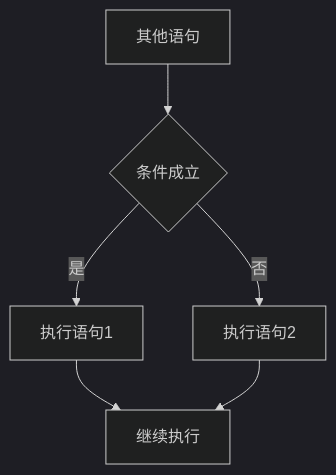
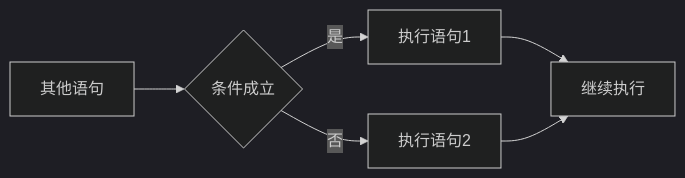
The second of 4 diagrams in article/cs/lang/JavaScript/_posts/2022-04-11-JavaScript条件语句.md (wholon/wholon.github.io), drawn with Mermaid (dark theme) before and after one commit. The commit also changed other lines of this file and 1 other file, not shown here.

````diff
--- a/article/cs/lang/JavaScript/_posts/2022-04-11-JavaScript条件语句.md
+++ b/article/cs/lang/JavaScript/_posts/2022-04-11-JavaScript条件语句.md
@@ -51,13 +51,13 @@
 ```mermaid
-graph TB;
+graph LR;
 	A[其他语句];
 	B{条件成立};
 	C[执行语句1];
 	D[执行语句2];
 	E[继续执行];
 	A-->B;
 	B--是-->C;
 	B--否-->D;
 	C-->E;
 	D-->E;
 ```
````
